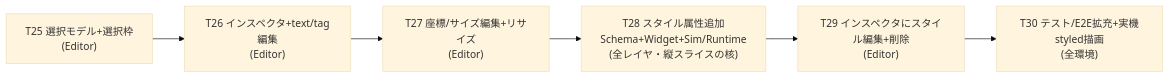
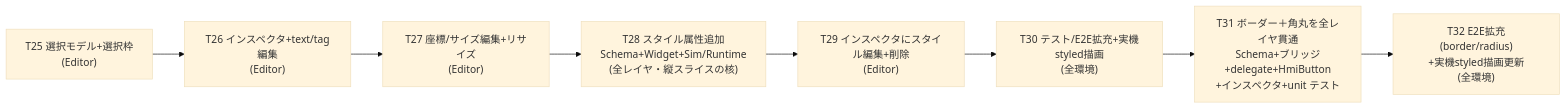
The diagram in Docs/phase4-button-slice-plan.md (hang-up33/hmi-platform), drawn with Mermaid (base theme) before and after one commit. The commit also changed other lines of this file and 7 other files, not shown here.

````diff
--- a/Docs/phase4-button-slice-plan.md
+++ b/Docs/phase4-button-slice-plan.md
@@ -11,8 +16,10 @@
 ```mermaid
 flowchart LR
     T25["T25 選択モデル+選択枠<br/>(Editor)"] --> T26["T26 インスペクタ+text/tag編集<br/>(Editor)"]
     T26 --> T27["T27 座標/サイズ編集+リサイズ<br/>(Editor)"]
     T27 --> T28["T28 スタイル属性追加<br/>Schema+Widget+Sim/Runtime<br/>(全レイヤ・縦スライスの核)"]
     T28 --> T29["T29 インスペクタにスタイル編集+削除<br/>(Editor)"]
     T29 --> T30["T30 テスト/E2E拡充+実機styled描画<br/>(全環境)"]
+    T30 --> T31["T31 ボーダー＋角丸を全レイヤ貫通<br/>Schema+ブリッジ+delegate+HmiButton<br/>+インスペクタ+unit テスト"]
+    T31 --> T32["T32 E2E拡充(border/radius)<br/>+実機styled描画更新<br/>(全環境)"]
 ```
````
